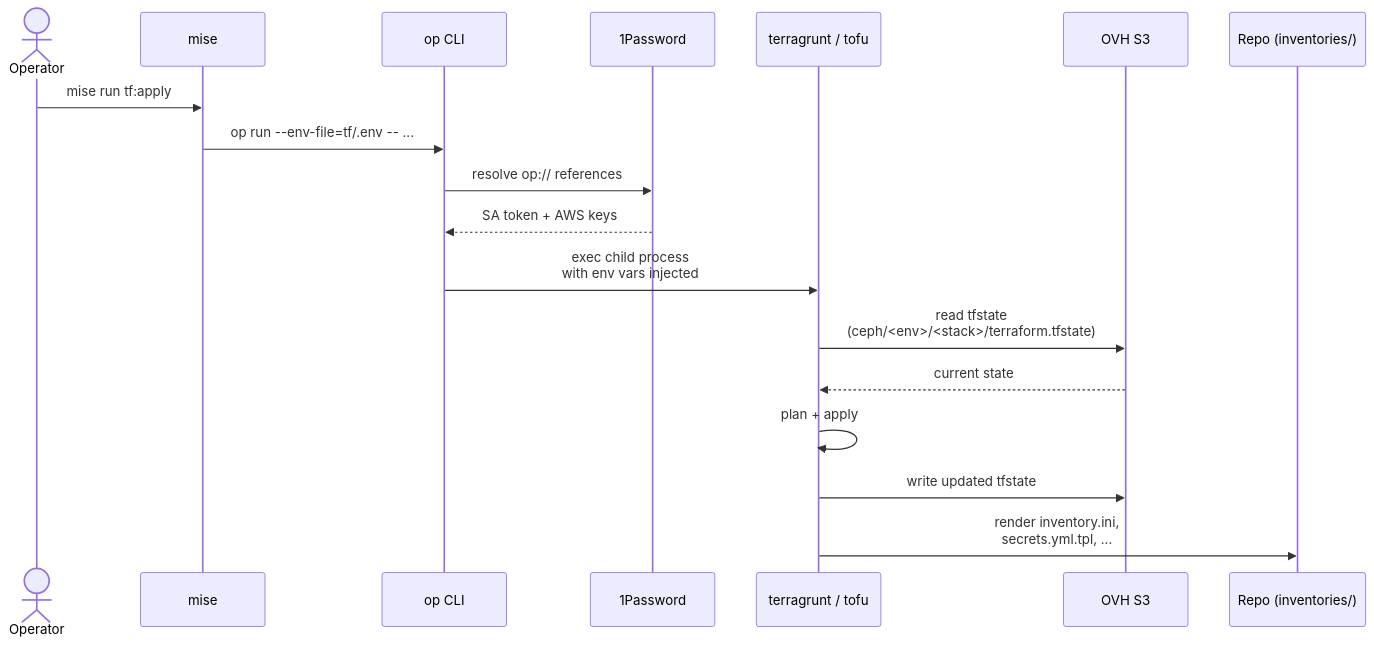
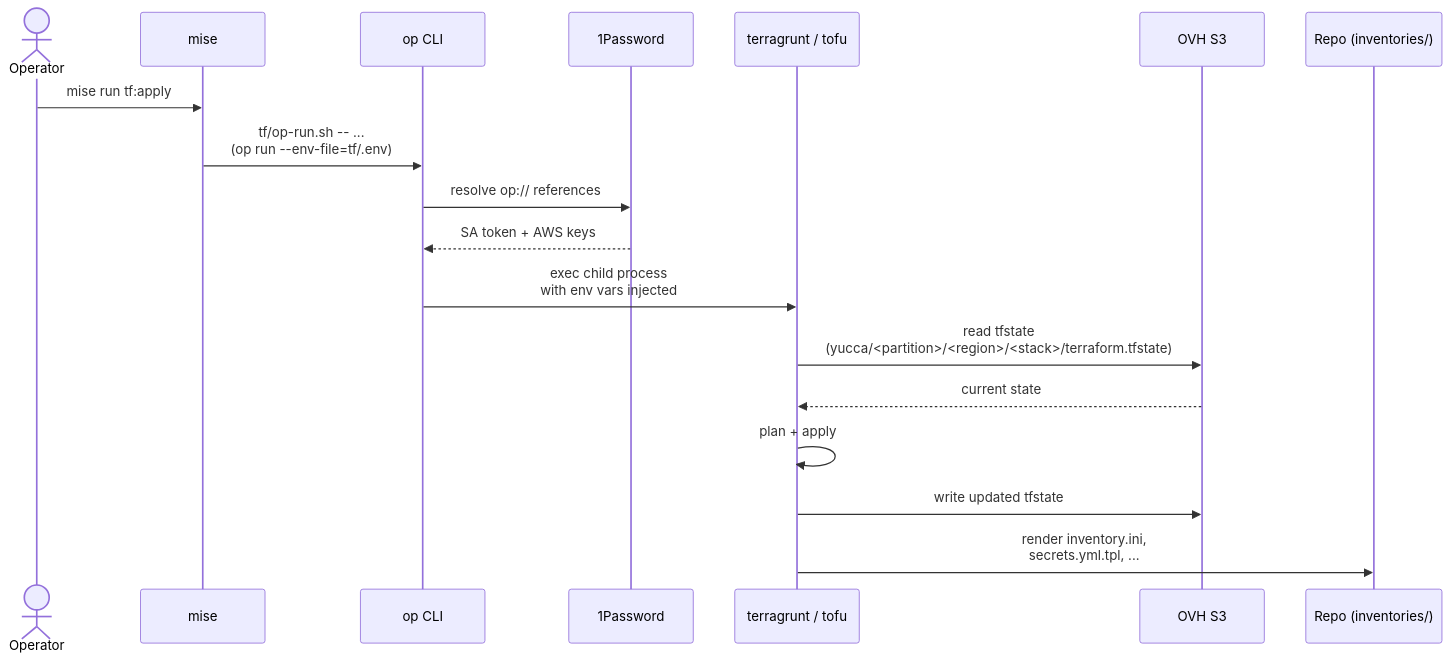
The sixth of 11 diagrams in ansible/ceph/docs/architecture.md (immich-app/yucca), drawn with Mermaid before and after one commit. The commit also changed other lines of this file and 36 other files, not shown here.

First line of the commit message:
docs(ceph): realign with partition/region model and CI/CD, retire ADRs

````diff
--- a/ansible/ceph/docs/architecture.md
+++ b/ansible/ceph/docs/architecture.md
@@ -523,21 +567,21 @@
 ```mermaid
 sequenceDiagram
     actor OP as Operator
     participant MISE as mise
     participant OPCLI as op CLI
     participant ONEP as 1Password
     participant TG as terragrunt / tofu
     participant S3 as OVH S3
     participant REPO as Repo (inventories/)
 
     OP->>MISE: mise run tf:apply
-    MISE->>OPCLI: op run --env-file=tf/.env -- ...
+    MISE->>OPCLI: tf/op-run.sh -- ...<br/>(op run --env-file=tf/.env)
     OPCLI->>ONEP: resolve op:// references
     ONEP-->>OPCLI: SA token + AWS keys
     OPCLI->>TG: exec child process<br/>with env vars injected
-    TG->>S3: read tfstate<br/>(ceph/<env>/<stack>/terraform.tfstate)
+    TG->>S3: read tfstate<br/>(yucca/<partition>/<region>/<stack>/terraform.tfstate)
     S3-->>TG: current state
     TG->>TG: plan + apply
     TG->>S3: write updated tfstate
     TG->>REPO: render inventory.ini,<br/>secrets.yml.tpl, ...
 ```
````
